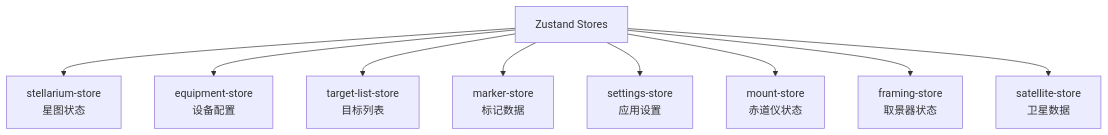
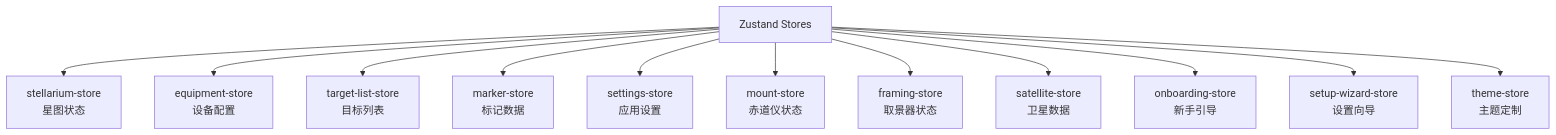
One commit to AstroAir/skymap-test changed the diagram in docs/developer-guide/apis/frontend-apis/stores.md. Above: the diagram before and after it, drawn with Mermaid. The commit also changed other lines of this file and 105 other files, not shown here.

````diff
--- a/docs/developer-guide/apis/frontend-apis/stores.md
+++ b/docs/developer-guide/apis/frontend-apis/stores.md
@@ -9,11 +9,14 @@
 ```mermaid
 graph TD
     A[Zustand Stores] --> B[stellarium-store<br/>星图状态]
     A --> C[equipment-store<br/>设备配置]
     A --> D[target-list-store<br/>目标列表]
     A --> E[marker-store<br/>标记数据]
     A --> F[settings-store<br/>应用设置]
     A --> G[mount-store<br/>赤道仪状态]
     A --> H[framing-store<br/>取景器状态]
     A --> I[satellite-store<br/>卫星数据]
+    A --> J[onboarding-store<br/>新手引导]
+    A --> K[setup-wizard-store<br/>设置向导]
+    A --> L[theme-store<br/>主题定制]
 ```
````
